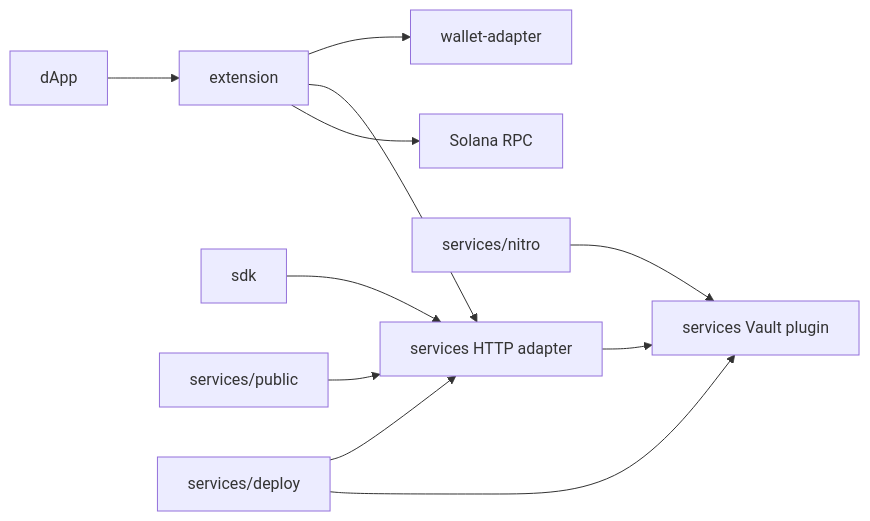
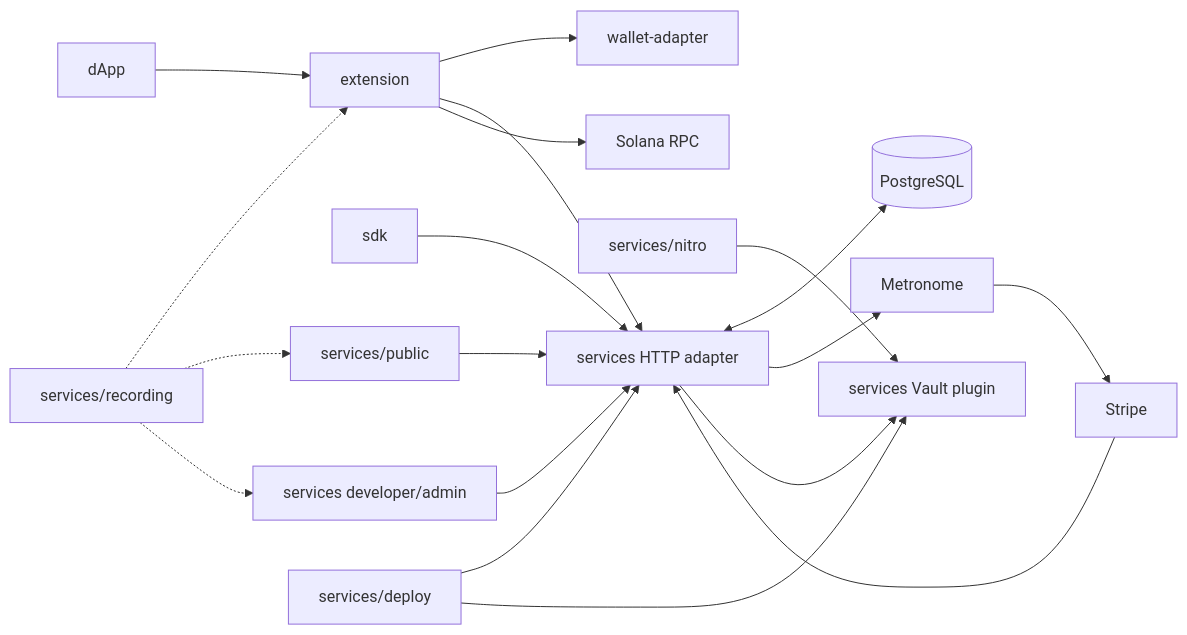
One commit to Spiral-Safe/specs changed the diagram in docs/REPOSITORY-INVENTORY.md. Above: the diagram before and after it, drawn with Mermaid. The commit also changed other lines of this file and 6 other files, not shown here.

Commit message:
docs: document billing demos and quorum architecture

````diff
--- a/docs/REPOSITORY-INVENTORY.md
+++ b/docs/REPOSITORY-INVENTORY.md
@@ -27,24 +27,36 @@
 ```mermaid
 flowchart LR
     DAPP[dApp]
     EXT[extension]
     WA[wallet-adapter]
     SDK[sdk]
     DEMO[services/public]
+    CONSOLE[services developer/admin]
+    REC[services/recording]
     API[services HTTP adapter]
+    PG[(PostgreSQL)]
+    MET[Metronome]
+    STRIPE[Stripe]
     PLUGIN[services Vault plugin]
     DEPLOY[services/deploy]
     VEIL[services/nitro]
     SOL[Solana RPC]
 
     DAPP --> EXT
     EXT --> WA
     EXT --> API
     EXT --> SOL
     SDK --> API
     DEMO --> API
+    CONSOLE --> API
+    API <--> PG
+    API --> MET --> STRIPE
+    STRIPE --> API
     API --> PLUGIN
     DEPLOY --> API
     DEPLOY --> PLUGIN
     VEIL --> PLUGIN
+    REC -.-> EXT
+    REC -.-> DEMO
+    REC -.-> CONSOLE
 ```
````
